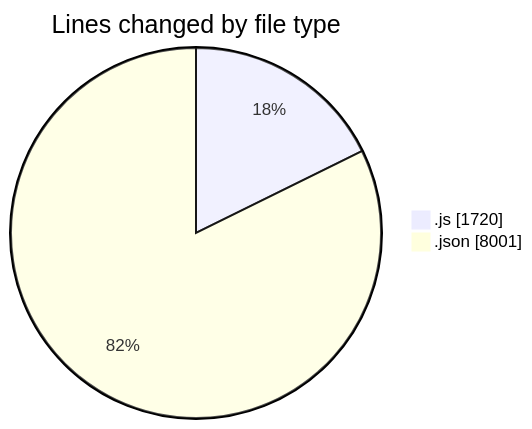
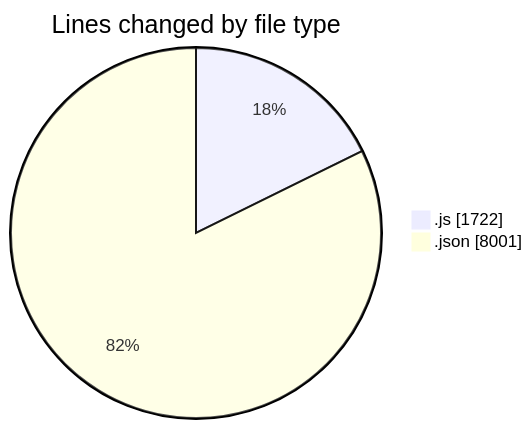
Before and after one commit to momahboobian/code-tracking: the first of 2 diagrams in 2025-01-11/good-pr/README.md, drawn with Mermaid. The commit also changed other lines of this file and 1 other file, not shown here.

````diff
--- a/2025-01-11/good-pr/README.md
+++ b/2025-01-11/good-pr/README.md
@@ -38,6 +38,6 @@
 ```mermaid
 pie showData
 title Lines changed by file type
-".js" : 1720
+".js" : 1722
 ".json" : 8001
 ```
````
